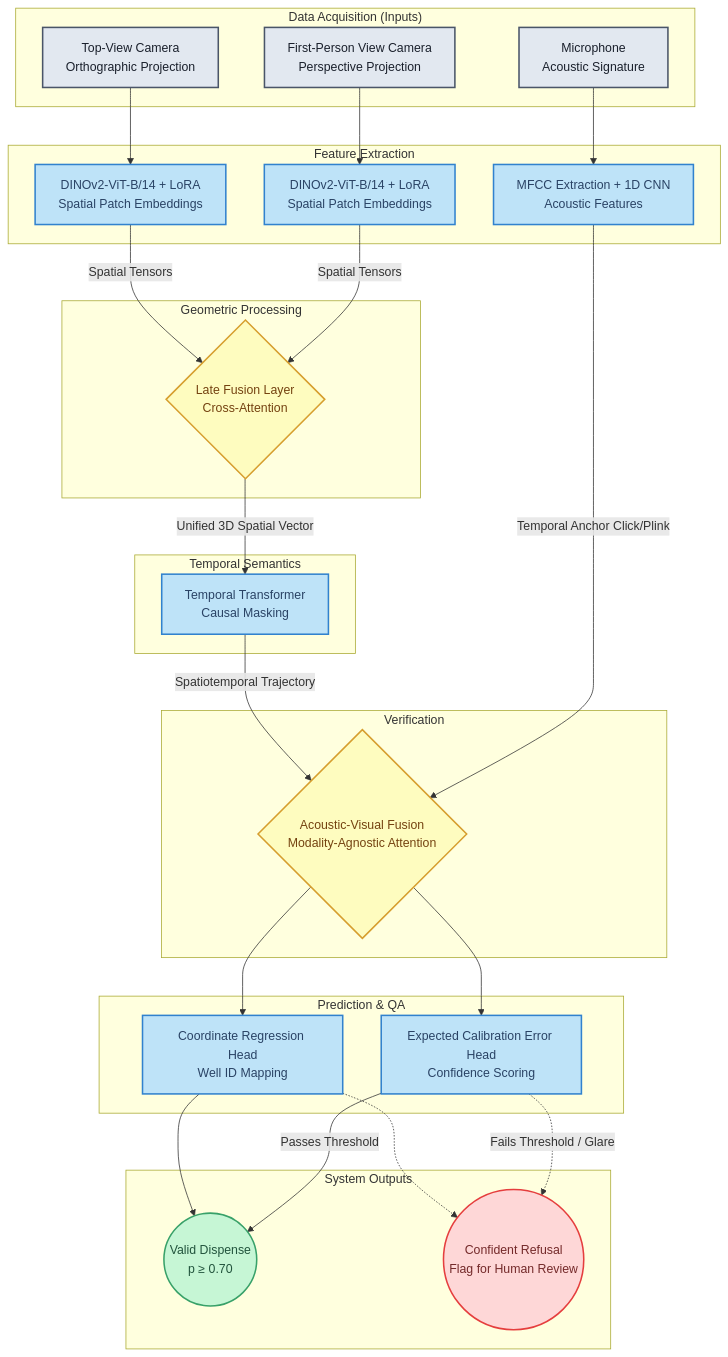
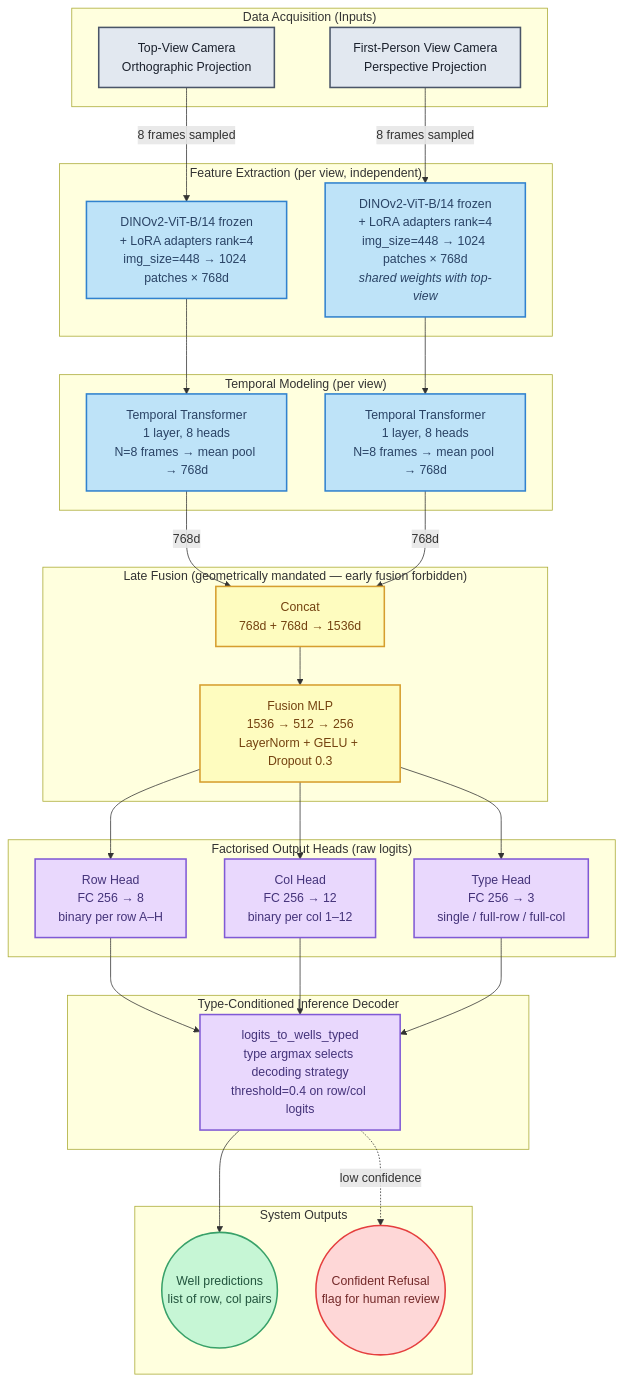
One commit to linwoes/pipette-well-challenge changed the diagram in docs/ARCHITECURE_DIAGRAM.md. Above: the diagram before and after it, drawn with Mermaid. The commit also changed other lines of this file and 2 other files, not shown here.

Commit message:
docs: update diagram, Kaggle pipeline timing, and team decisions for v11/v12
ARCHITECURE_DIAGRAM.md: full redraw — removes audio/MFCC/acoustic-visual
fusion (not implemented), adds correct output heads (row 256→8, col 256→12,
type 256→3), shared backbone note, type-conditioned decoder, factorised
head structure. Adds note that audio is deferred to Architecture D.

KAGGLE_PIPELINE.md: replace stale "10–15 min/epoch" estimate with
measured values (real-only ~5 min/epoch, real+synth ~39 min/epoch at
batch=2 on T4). Update cost section accordingly.

TEAM_DECISIONS.md: add Decisions 12–14 (batch size OOM fix, AMP-safe BCE
fix, v11 overfitting diagnosis + v12 response). Update decision timeline
and last-updated date.

````diff
--- a/docs/ARCHITECURE_DIAGRAM.md
+++ b/docs/ARCHITECURE_DIAGRAM.md
@@ -1,78 +1,82 @@
 ```mermaid
 graph TD
     %% Input Layer
     subgraph Inputs ["Data Acquisition (Inputs)"]
         TV[Top-View Camera<br/>Orthographic Projection]
         FPV[First-Person View Camera<br/>Perspective Projection]
-        AUD[Microphone<br/>Acoustic Signature]
     end
 
-    %% Feature Extraction Layer
-    subgraph FeatureExtraction ["Feature Extraction"]
-        DINO_TV[DINOv2-ViT-B/14 + LoRA<br/>Spatial Patch Embeddings]
-        DINO_FPV[DINOv2-ViT-B/14 + LoRA<br/>Spatial Patch Embeddings]
-        MFCC[MFCC Extraction + 1D CNN<br/>Acoustic Features]
+    %% Feature Extraction — each view encoded independently in its native frame
+    subgraph FeatureExtraction ["Feature Extraction (per view, independent)"]
+        DINO_TV[DINOv2-ViT-B/14 frozen<br/>+ LoRA adapters rank=4<br/>img_size=448 → 1024 patches × 768d]
+        DINO_FPV[DINOv2-ViT-B/14 frozen<br/>+ LoRA adapters rank=4<br/>img_size=448 → 1024 patches × 768d<br/><i>shared weights with top-view</i>]
     end
 
-    %% Spatial Fusion
-    subgraph SpatialFusion ["Geometric Processing"]
-        LATE_FUSION{Late Fusion Layer<br/>Cross-Attention}
+    %% Temporal processing — per view
+    subgraph TemporalProcessing ["Temporal Modeling (per view)"]
+        TEMP_TV[Temporal Transformer<br/>1 layer, 8 heads<br/>N=8 frames → mean pool → 768d]
+        TEMP_FPV[Temporal Transformer<br/>1 layer, 8 heads<br/>N=8 frames → mean pool → 768d]
     end
 
-    %% Temporal Processing
-    subgraph TemporalProcessing ["Temporal Semantics"]
-        TEMP_TRANSFORMER[Temporal Transformer<br/>Causal Masking]
+    %% Late Fusion — geometrically mandated
+    subgraph LateFusion ["Late Fusion (geometrically mandated — early fusion forbidden)"]
+        CONCAT[Concat<br/>768d + 768d → 1536d]
+        MLP[Fusion MLP<br/>1536 → 512 → 256<br/>LayerNorm + GELU + Dropout 0.3]
     end
 
-    %% Multimodal Fusion
-    subgraph MultimodalFusion ["Verification"]
-        MM_FUSION{Acoustic-Visual Fusion<br/>Modality-Agnostic Attention}
+    %% Output Heads
+    subgraph OutputHeads ["Factorised Output Heads (raw logits)"]
+        ROW_HEAD[Row Head<br/>FC 256 → 8<br/>binary per row A–H]
+        COL_HEAD[Col Head<br/>FC 256 → 12<br/>binary per col 1–12]
+        TYPE_HEAD[Type Head<br/>FC 256 → 3<br/>single / full-row / full-col]
     end
 
-    %% Prediction Layer
-    subgraph Prediction ["Prediction & QA"]
-        REGRESSION[Coordinate Regression Head<br/>Well ID Mapping]
-        CONFIDENCE[Expected Calibration Error Head<br/>Confidence Scoring]
+    %% Inference Decoder
+    subgraph Decoder ["Type-Conditioned Inference Decoder"]
+        DECODE[logits_to_wells_typed<br/>type argmax selects decoding strategy<br/>threshold=0.4 on row/col logits]
     end
 
-    %% Output Layer
+    %% Outputs
     subgraph Outputs ["System Outputs"]
-        DISPENSE((Valid Dispense<br/>p ≥ 0.70))
-        REFUSAL((Confident Refusal<br/>Flag for Human Review))
+        WELLS((Well predictions<br/>list of row, col pairs))
+        REFUSAL((Confident Refusal<br/>flag for human review))
     end
 
-    %% Data Flow Edges
-    TV --> DINO_TV
-    FPV --> DINO_FPV
-    AUD --> MFCC
+    %% Data Flow
+    TV --> |8 frames sampled| DINO_TV
+    FPV --> |8 frames sampled| DINO_FPV
 
-    DINO_TV --> |Spatial Tensors| LATE_FUSION
-    DINO_FPV --> |Spatial Tensors| LATE_FUSION
+    DINO_TV --> TEMP_TV
+    DINO_FPV --> TEMP_FPV
 
-    LATE_FUSION --> |Unified 3D Spatial Vector| TEMP_TRANSFORMER
-    
-    TEMP_TRANSFORMER --> |Spatiotemporal Trajectory| MM_FUSION
-    MFCC --> |Temporal Anchor Click/Plink| MM_FUSION
+    TEMP_TV --> |768d| CONCAT
+    TEMP_FPV --> |768d| CONCAT
 
-    MM_FUSION --> REGRESSION
-    MM_FUSION --> CONFIDENCE
+    CONCAT --> MLP
 
-    REGRESSION --> DISPENSE
-    CONFIDENCE --> |Passes Threshold| DISPENSE
-    
-    REGRESSION -.-> REFUSAL
-    CONFIDENCE -.-> |Fails Threshold / Glare| REFUSAL
+    MLP --> ROW_HEAD
+    MLP --> COL_HEAD
+    MLP --> TYPE_HEAD
+
+    ROW_HEAD --> DECODE
+    COL_HEAD --> DECODE
+    TYPE_HEAD --> DECODE
+
+    DECODE --> WELLS
+    DECODE -.-> |low confidence| REFUSAL
 
     %% Styling
     classDef input fill:#e2e8f0,stroke:#4a5568,stroke-width:2px,color:#1a202c
     classDef model fill:#bee3f8,stroke:#3182ce,stroke-width:2px,color:#2a4365
     classDef fusion fill:#fefcbf,stroke:#d69e2e,stroke-width:2px,color:#744210
+    classDef head fill:#e9d8fd,stroke:#805ad5,stroke-width:2px,color:#44337a
     classDef output_pass fill:#c6f6d5,stroke:#38a169,stroke-width:2px,color:#22543d
     classDef output_fail fill:#fed7d7,stroke:#e53e3e,stroke-width:2px,color:#742a2a
 
-    class TV,FPV,AUD input
-    class DINO_TV,DINO_FPV,MFCC,TEMP_TRANSFORMER,REGRESSION,CONFIDENCE model
-    class LATE_FUSION,MM_FUSION fusion
-    class DISPENSE output_pass
+    class TV,FPV input
+    class DINO_TV,DINO_FPV,TEMP_TV,TEMP_FPV model
+    class CONCAT,MLP fusion
+    class ROW_HEAD,COL_HEAD,TYPE_HEAD,DECODE head
+    class WELLS output_pass
     class REFUSAL output_fail
-```    
+```
````
